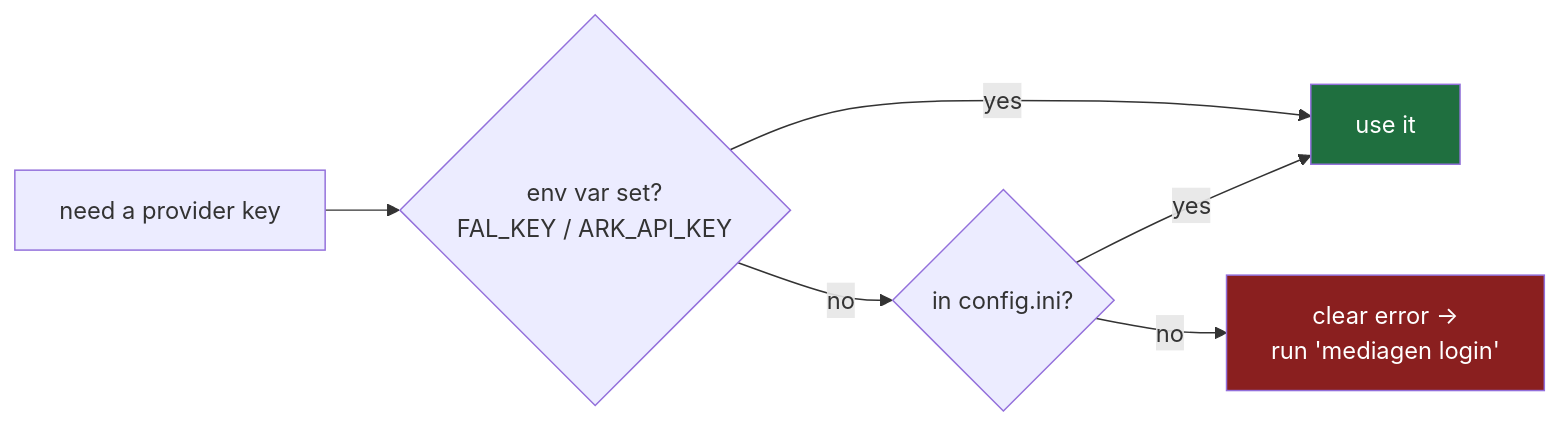
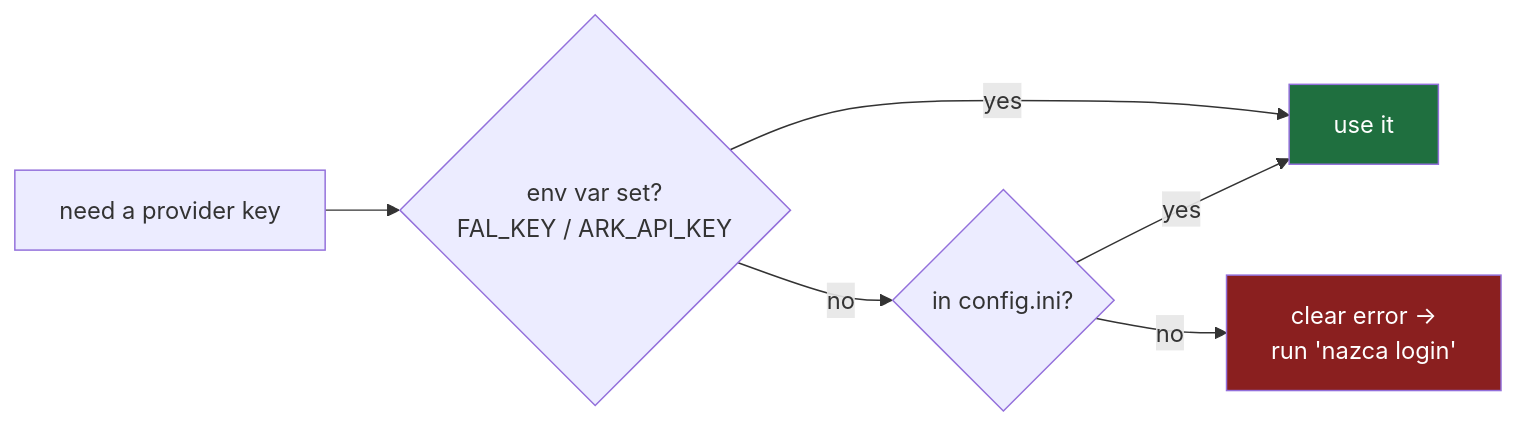
The second of 3 diagrams in README.md (Mysios-Labs-inc/nazca), drawn with Mermaid before and after one commit. The commit also changed other lines of this file and 15 other files, not shown here.

First line of the commit message:
refactor: rename mediagen → nazca (package, command, config path, docs) (#12)

````diff
--- a/README.md
+++ b/README.md
@@ -175,12 +192,12 @@
 ```mermaid
 flowchart LR
     N[need a provider key] --> E{env var set?<br/>FAL_KEY / ARK_API_KEY}
     E -->|yes| USE[use it]
     E -->|no| C{in config.ini?}
     C -->|yes| USE
-    C -->|no| ERR[clear error →<br/>run 'mediagen login']
+    C -->|no| ERR[clear error →<br/>run 'nazca login']
     classDef ok fill:#1f6f3f,color:#fff;
     classDef err fill:#8a1f1f,color:#fff;
     class USE ok;
     class ERR err;
 ```
````
